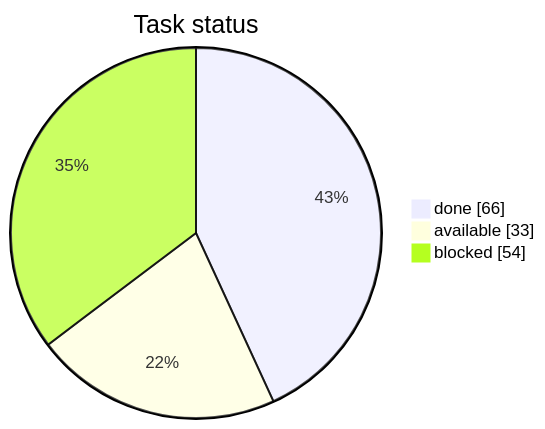
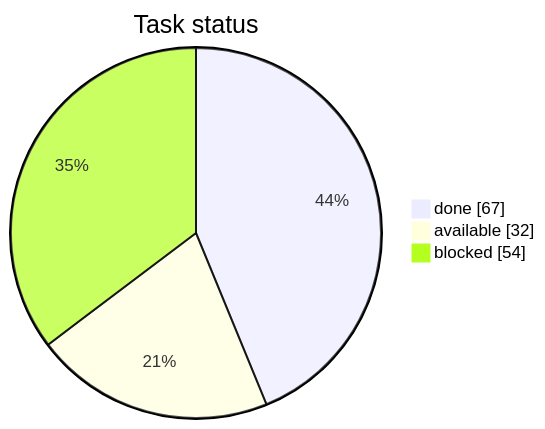
The first of 3 diagrams in STATUS.md (artemiiShabanov/RallyRivals), drawn with Mermaid before and after one commit. The commit also changed other lines of this file and 5 other files, not shown here.

````diff
--- a/STATUS.md
+++ b/STATUS.md
@@ -7,7 +7,7 @@
 ```mermaid
 pie showData
     title Task status
-    "done" : 66
-    "available" : 33
+    "done" : 67
+    "available" : 32
     "blocked" : 54
 ```
````
